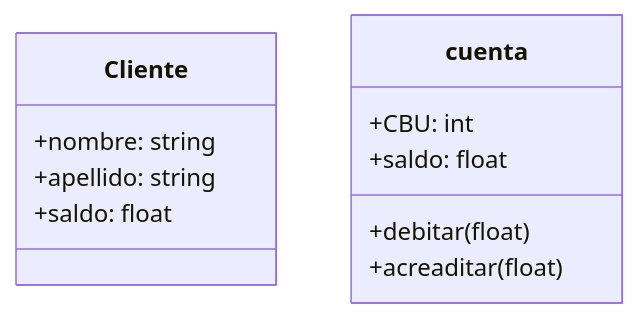
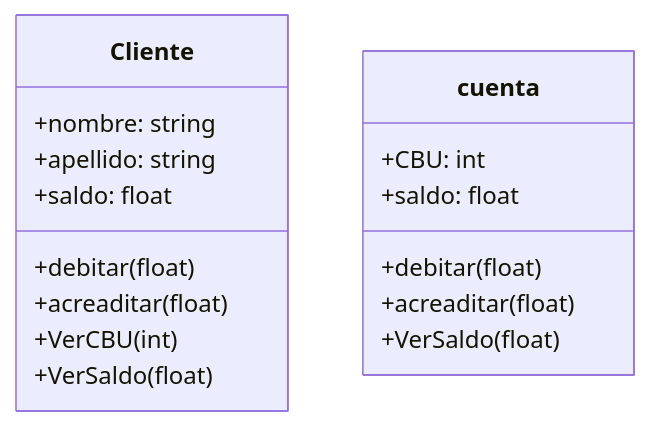
Before and after one commit to FranciscoBHF/Banco: the diagram in README.md, drawn with Mermaid.

Commit message:
Mas cambios

````diff
--- a/README.md
+++ b/README.md
@@ -2,15 +2,21 @@
 ```mermaid
 classDiagram
 
 class Cliente{
     +nombre: string
     +apellido: string
     +saldo: float
+    +debitar(float)
+    +acreaditar(float)
+    +VerCBU(int)
+    +VerSaldo(float)
 }
 class cuenta{
     +CBU: int
     +saldo: float
     +debitar(float)
     +acreaditar(float)
+    +VerSaldo(float)
 }
+
 ```
````
